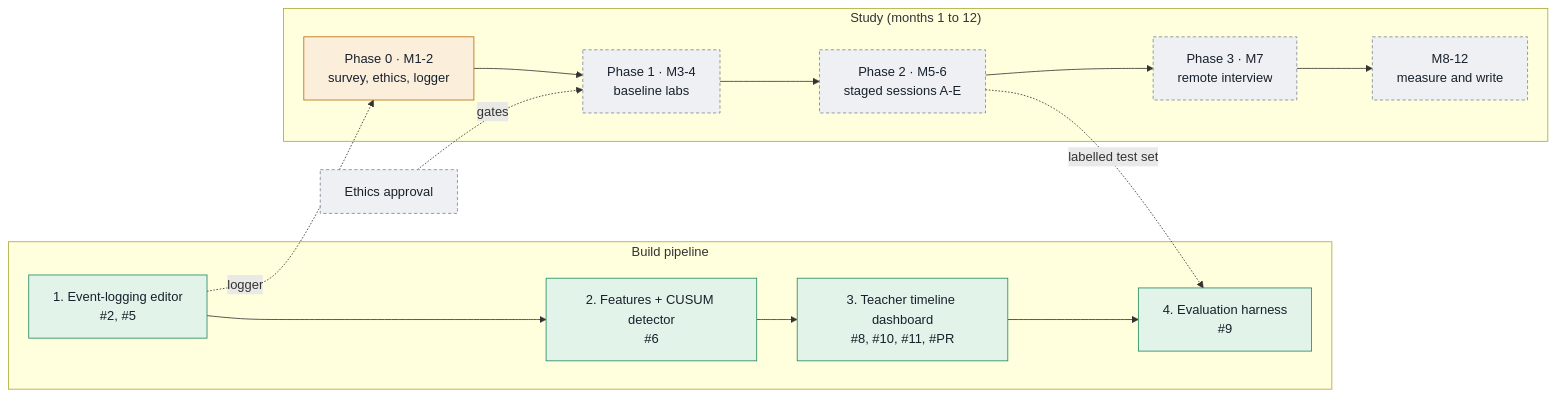
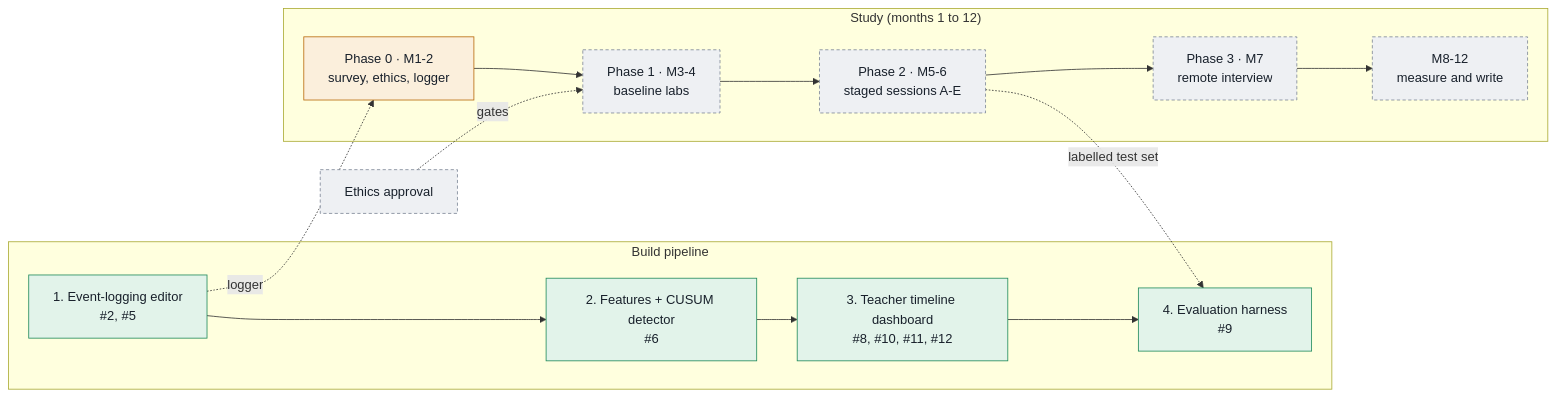
One commit to codehamster69/student-ide changed the diagram in thesis/progress/STATUS.md. Above: the diagram before and after it, drawn with Mermaid. The commit also changed other lines of this file and 2 other files, not shown here.

Commit message:
Progress: competitions are #12
Claude-Session: https://claude.ai/code/session_012iotVfpj9U2mnW5cqAmFsE

````diff
--- a/thesis/progress/STATUS.md
+++ b/thesis/progress/STATUS.md
@@ -14,21 +14,21 @@
 ```mermaid
 flowchart LR
   classDef done fill:#e2f3ea,stroke:#1f8a5b,color:#18202b
   classDef prog fill:#fbefdc,stroke:#b86a0b,color:#18202b
   classDef pend fill:#eef0f3,stroke:#7c8696,stroke-dasharray:4 3,color:#18202b
 
   subgraph Build["Build pipeline"]
     B1["1. Event-logging editor<br/>#2, #5"]:::done --> B2["2. Features + CUSUM detector<br/>#6"]:::done
-    B2 --> B3["3. Teacher timeline dashboard<br/>#8, #10, #11, #PR"]:::done --> B4["4. Evaluation harness<br/>#9"]:::done
+    B2 --> B3["3. Teacher timeline dashboard<br/>#8, #10, #11, #12"]:::done --> B4["4. Evaluation harness<br/>#9"]:::done
   end
 
   subgraph Study["Study (months 1 to 12)"]
     P0["Phase 0 · M1-2<br/>survey, ethics, logger"]:::prog --> P1["Phase 1 · M3-4<br/>baseline labs"]:::pend
     P1 --> P2["Phase 2 · M5-6<br/>staged sessions A-E"]:::pend --> P3["Phase 3 · M7<br/>remote interview"]:::pend
     P3 --> W["M8-12<br/>measure and write"]:::pend
   end
 
   E["Ethics approval"]:::pend -. gates .-> P1
   B1 -. logger .-> P0
   P2 -. labelled test set .-> B4
 ```
````
